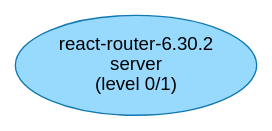
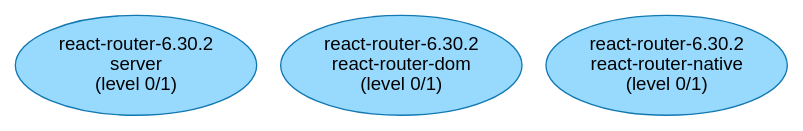
One commit to JohT/code-graph-analysis-examples changed the diagram in analysis-results/react-router/react-router-6.30.2/internal-dependencies-visualization/TypeScriptModuleBuildLevels.gv. Above: the diagram before and after it, drawn with Graphviz. The commit also changed 365 other files, not shown here.

```diff
--- a/analysis-results/react-router/react-router-6.30.2/internal-dependencies-visualization/TypeScriptModuleBuildLevels.gv
+++ b/analysis-results/react-router/react-router-6.30.2/internal-dependencies-visualization/TypeScriptModuleBuildLevels.gv
@@ -1,11 +1,13 @@
 // This GraphViz dot file was generated by the script convertQueryResultCsvToGraphVizDotFile.sh with default.template
 
 strict digraph TypeScriptModuleBuildLevels {
     fontname = "Helvetica,Arial,sans-serif";
     node [fontname = "Helvetica,Arial,sans-serif";];
     edge [fontname = "Helvetica,Arial,sans-serif"; fontsize = 10;];
     node [style = filled; fillcolor = "0.560 0.400 0.999";];
     node [color = "0.560 0.900 0.700";];
     edge [color = "0.560 0.900 0.700";];
 	"react-router-6.30.2\nserver\n(level 0/1)" [];
+	"react-router-6.30.2\nreact-router-dom\n(level 0/1)" [];
+	"react-router-6.30.2\nreact-router-native\n(level 0/1)" [];
 }
```
